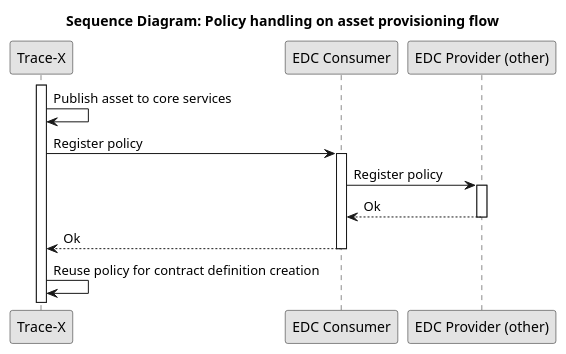
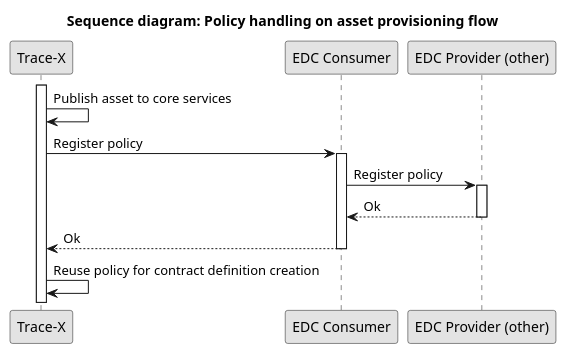
The diagram in docs/src/uml-diagrams/arc42/runtime-view/policies/policy-assets.puml (eclipse-tractusx/traceability-foss), drawn with PlantUML before and after one commit.

Commit message:
chore(docs): #596 rework policy store documentation

```diff
--- a/docs/src/uml-diagrams/arc42/runtime-view/policies/policy-assets.puml
+++ b/docs/src/uml-diagrams/arc42/runtime-view/policies/policy-assets.puml
@@ -1,22 +1,22 @@
 @startuml
 skinparam monochrome true
 skinparam shadowing false
 skinparam defaultFontName "Architects daughter"
 
-title Sequence Diagram: Policy handling on asset provisioning flow
+title Sequence diagram: Policy handling on asset provisioning flow
 participant "Trace-X" as TraceX
 participant "EDC Consumer" as EdcConsumer
 participant "EDC Provider (other)" as EdcProvider
 
 activate TraceX
 TraceX -> TraceX: Publish asset to core services
 TraceX -> EdcConsumer: Register policy
 activate EdcConsumer
 EdcConsumer -> EdcProvider: Register policy
 activate EdcProvider
 EdcProvider --> EdcConsumer: Ok
 deactivate EdcProvider
 EdcConsumer --> TraceX: Ok
 deactivate EdcConsumer
 TraceX -> TraceX: Reuse policy for contract definition creation
 @enduml
```
